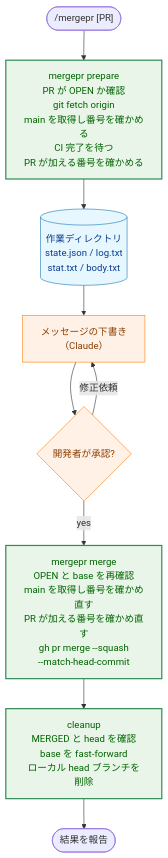
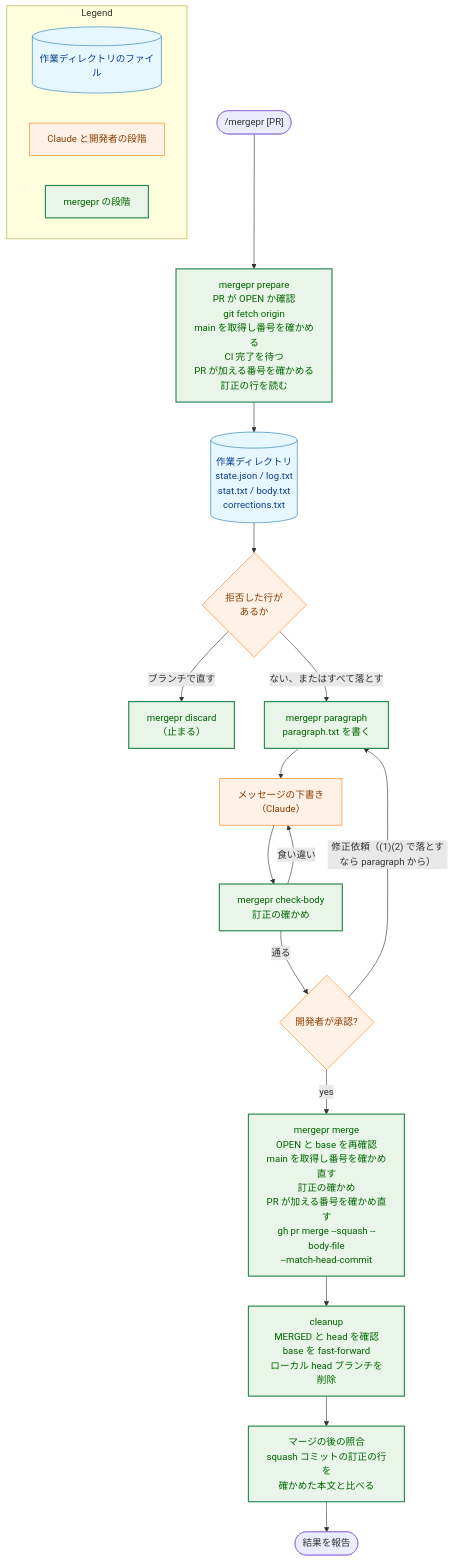
Before and after one commit to isseis/yt2column: the diagram in docs/dev/guides/mergepr_guide.md, drawn with Mermaid. The commit also changed other lines of this file and 18 other files, not shown here.

````diff
--- a/docs/dev/guides/mergepr_guide.md
+++ b/docs/dev/guides/mergepr_guide.md
@@ -54,19 +54,34 @@
 ```mermaid
 flowchart TD
     classDef data fill:#e6f7ff,stroke:#1f77b4,stroke-width:1px,color:#0b3d91;
     classDef process fill:#fff1e6,stroke:#ff7f0e,stroke-width:1px,color:#8a3e00;
     classDef enhanced fill:#e8f5e8,stroke:#2e8b57,stroke-width:2px,color:#006400;
 
-    Start(["/mergepr [PR]"]) --> Prepare["mergepr prepare<br>PR が OPEN か確認<br>git fetch origin<br>main を取得し番号を確かめる<br>CI 完了を待つ<br>PR が加える番号を確かめる"]
-    Prepare --> Files[("作業ディレクトリ<br>state.json / log.txt<br>stat.txt / body.txt")]
-    Files --> Draft["メッセージの下書き<br>（Claude）"]
-    Draft --> Approve{"開発者が承認?"}
-    Approve -->|"修正依頼"| Draft
-    Approve -->|"yes"| Merge["mergepr merge<br>OPEN と base を再確認<br>main を取得し番号を確かめ直す<br>PR が加える番号を確かめ直す<br>gh pr merge --squash<br>--match-head-commit"]
+    Start(["/mergepr [PR]"]) --> Prepare["mergepr prepare<br>PR が OPEN か確認<br>git fetch origin<br>main を取得し番号を確かめる<br>CI 完了を待つ<br>PR が加える番号を確かめる<br>訂正の行を読む"]
+    Prepare --> Files[("作業ディレクトリ<br>state.json / log.txt<br>stat.txt / body.txt<br>corrections.txt")]
+    Files --> Rejected{"拒否した行が<br>あるか"}
+    Rejected -->|"ブランチで直す"| Discard["mergepr discard<br>（止まる）"]
+    Rejected -->|"ない、またはすべて落とす"| Paragraph["mergepr paragraph<br>paragraph.txt を書く"]
+    Paragraph --> Draft["メッセージの下書き<br>（Claude）"]
+    Draft --> Check["mergepr check-body<br>訂正の確かめ"]
+    Check -->|"食い違い"| Draft
+    Check -->|"通る"| Approve{"開発者が承認?"}
+    Approve -->|"修正依頼（(1)(2) で落とすなら paragraph から）"| Paragraph
+    Approve -->|"yes"| Merge["mergepr merge<br>OPEN と base を再確認<br>main を取得し番号を確かめ直す<br>訂正の確かめ<br>PR が加える番号を確かめ直す<br>gh pr merge --squash --body-file<br>--match-head-commit"]
     Merge --> Cleanup["cleanup<br>MERGED と head を確認<br>base を fast-forward<br>ローカル head ブランチを削除"]
-    Cleanup --> End(["結果を報告"])
+    Cleanup --> After["マージの後の照合<br>squash コミットの訂正の行を<br>確かめた本文と比べる"]
+    After --> End(["結果を報告"])
 
     class Files data
-    class Draft,Approve process
-    class Prepare,Merge,Cleanup enhanced
+    class Draft,Approve,Rejected process
+    class Prepare,Merge,Cleanup,Paragraph,Check,After,Discard enhanced
+
+    subgraph Legend["Legend"]
+        L1[("作業ディレクトリのファイル")]
+        L2["Claude と開発者の段階"]
+        L3["mergepr の段階"]
+    end
+    class L1 data
+    class L2 process
+    class L3 enhanced
 ```
````
